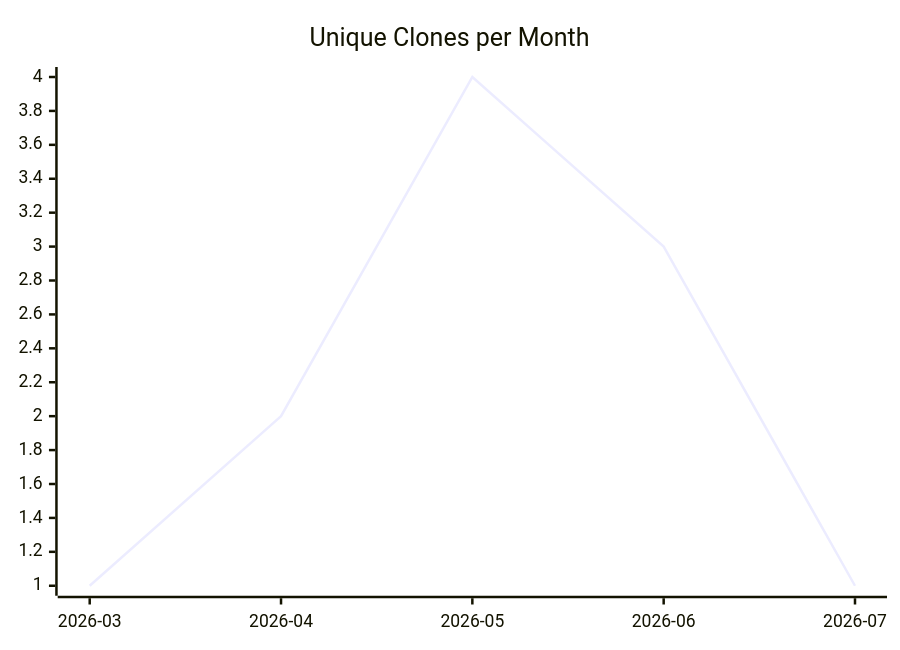
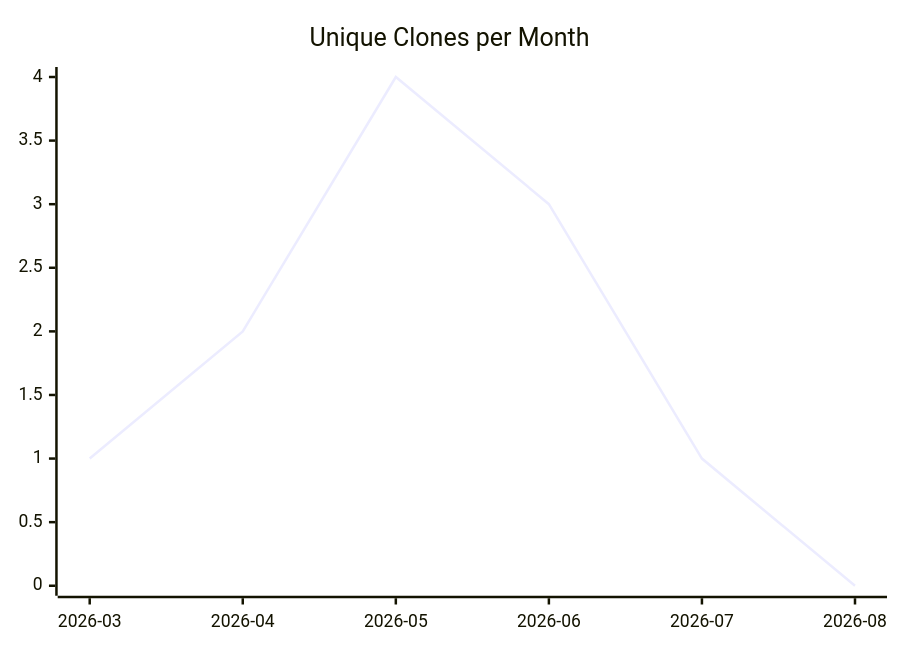
One commit to justdavis-family/github-analytics-data changed the third of 3 diagrams in karlmdavis/puppet-archive/README.md. Above: the diagram before and after it, drawn with Mermaid. The commit also changed other lines of this file and 177 other files, not shown here.

````diff
--- a/karlmdavis/puppet-archive/README.md
+++ b/karlmdavis/puppet-archive/README.md
@@ -19,6 +19,6 @@
 ```mermaid
 xychart-beta
   title "Unique Clones per Month"
-  x-axis ["2026-03", "2026-04", "2026-05", "2026-06", "2026-07"]
-  line [1, 2, 4, 3, 1]
+  x-axis ["2026-03", "2026-04", "2026-05", "2026-06", "2026-07", "2026-08"]
+  line [1, 2, 4, 3, 1, 0]
 ```
````
